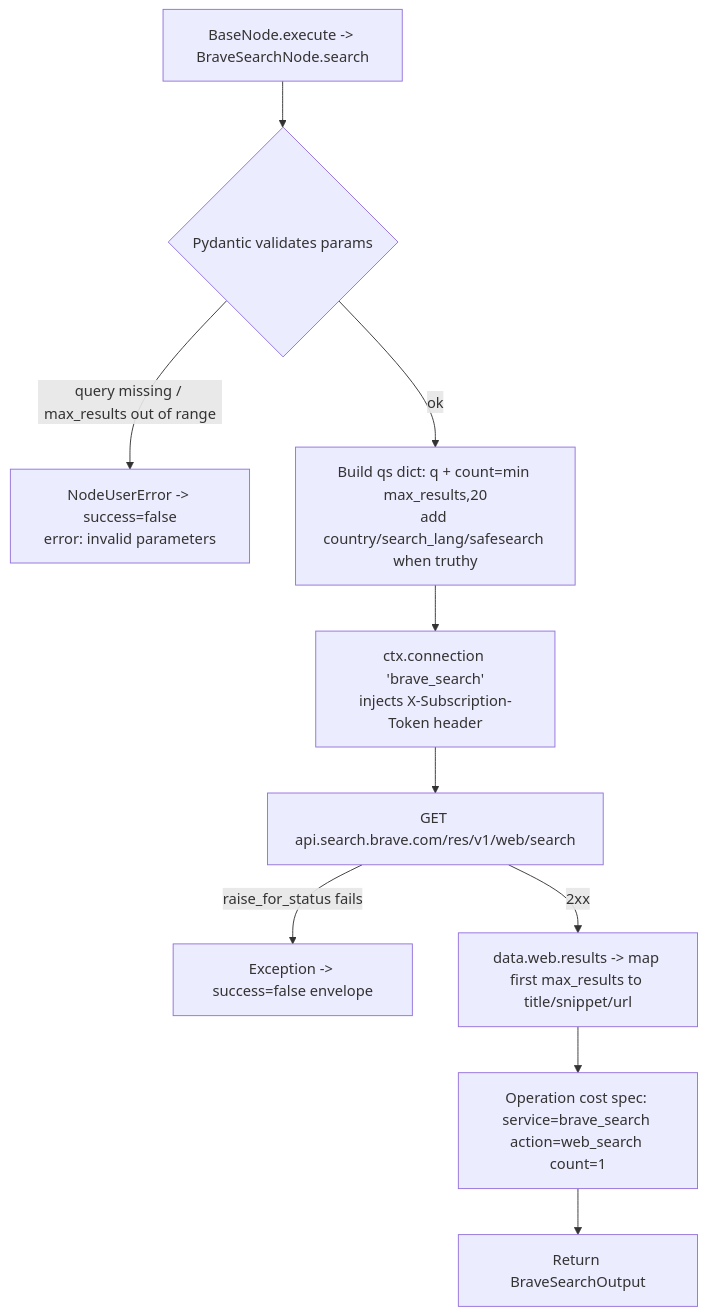
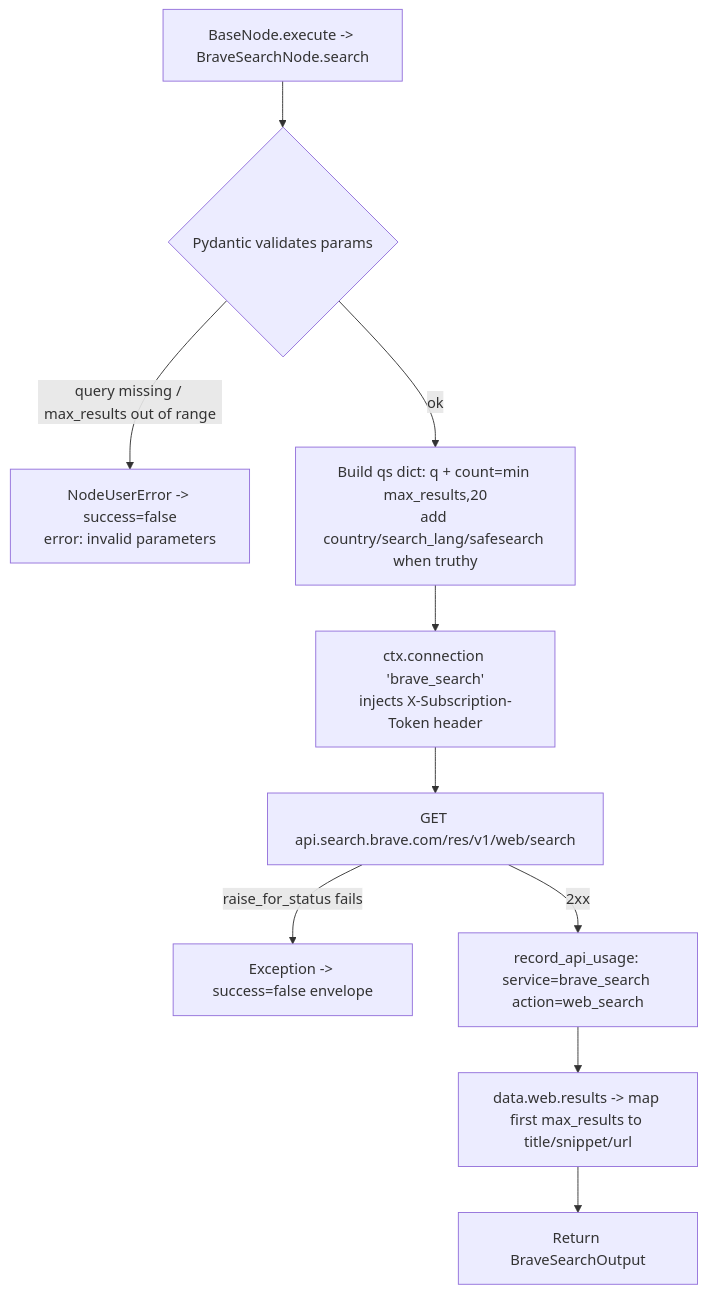
The diagram in docs-internal/node-logic-flows/search/braveSearch.md (zeenie-ai/OpenCompany), drawn with Mermaid before and after one commit. The commit also changed other lines of this file and 9 other files, not shown here.

First line of the commit message:
feat(search): web search calls are booked

````diff
--- a/docs-internal/node-logic-flows/search/braveSearch.md
+++ b/docs-internal/node-logic-flows/search/braveSearch.md
@@ -61,12 +61,12 @@
 ```mermaid
 flowchart TD
   A[BaseNode.execute -> BraveSearchNode.search] --> B{Pydantic validates params}
   B -- query missing / max_results out of range --> Eret[NodeUserError -> success=false<br/>error: invalid parameters]
   B -- ok --> C[Build qs dict: q + count=min max_results,20<br/>add country/search_lang/safesearch when truthy]
   C --> D[ctx.connection 'brave_search'<br/>injects X-Subscription-Token header]
   D --> F[GET api.search.brave.com/res/v1/web/search]
   F -- raise_for_status fails --> Estat[Exception -> success=false envelope]
-  F -- 2xx --> G[data.web.results -> map first max_results to title/snippet/url]
-  G --> H[Operation cost spec: service=brave_search action=web_search count=1]
-  H --> I[Return BraveSearchOutput]
+  F -- 2xx --> H[record_api_usage: service=brave_search action=web_search]
+  H --> G[data.web.results -> map first max_results to title/snippet/url]
+  G --> I[Return BraveSearchOutput]
 ```
````
